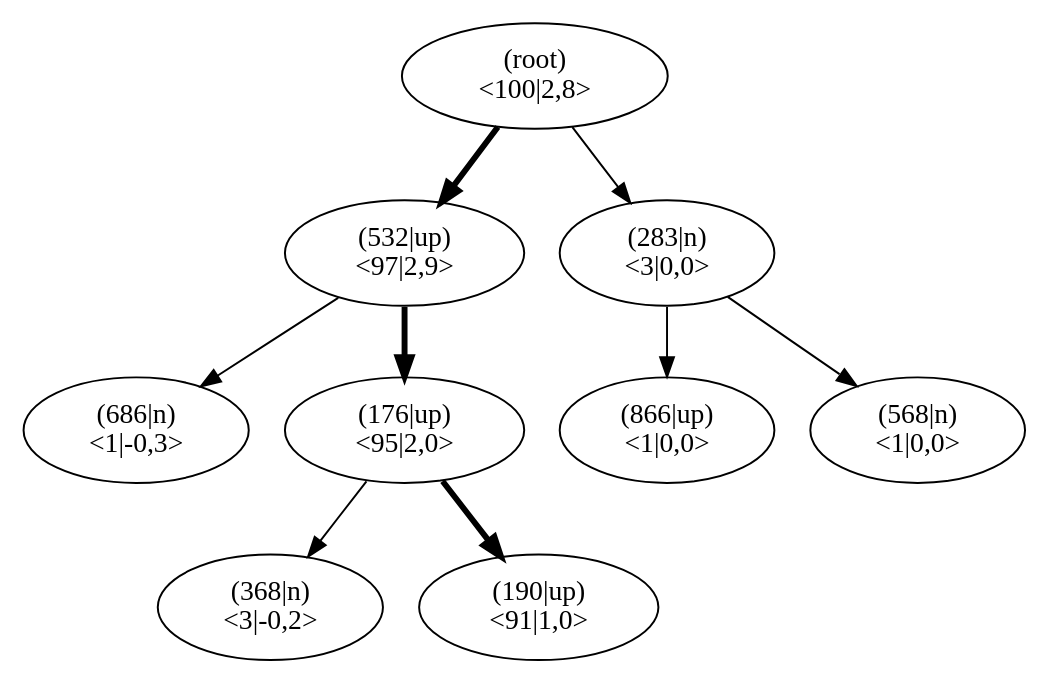
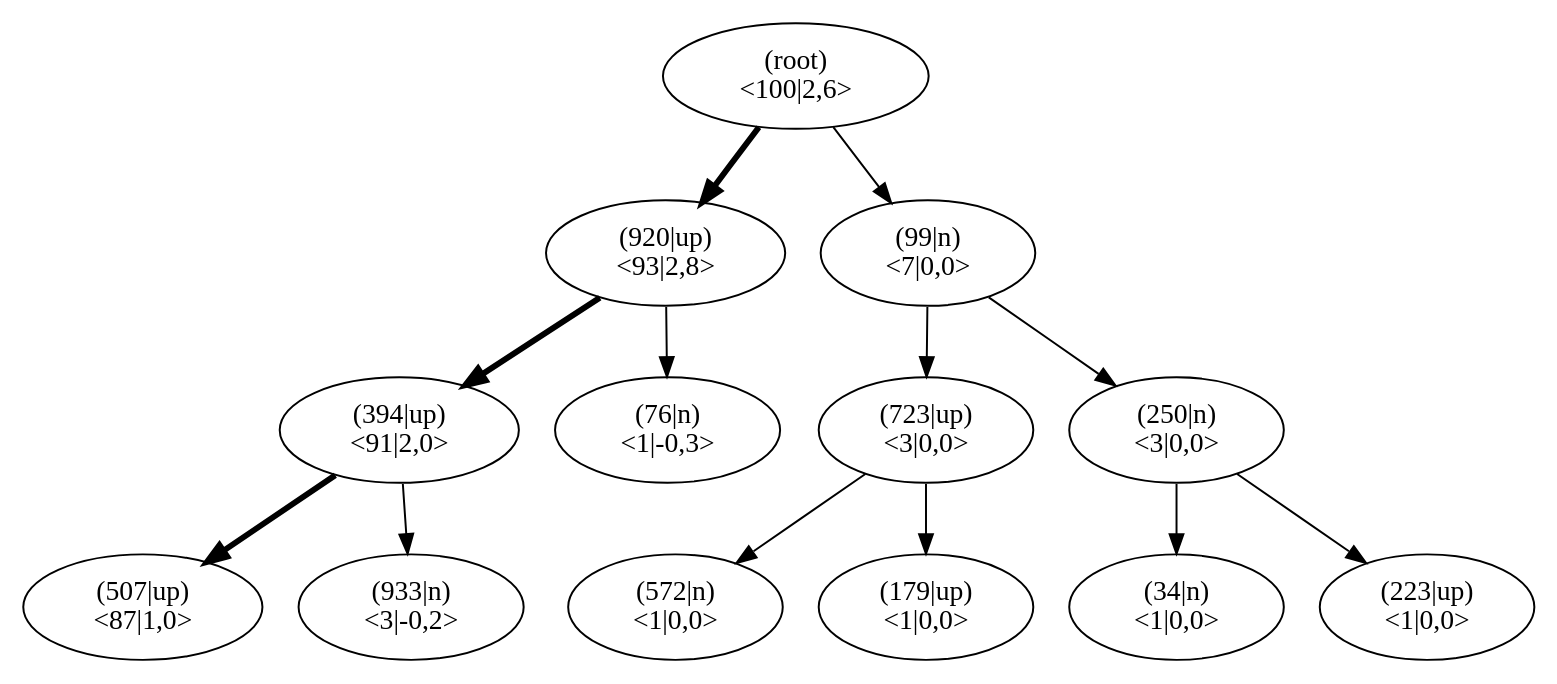
One commit to JonasHellgren/relexp-java changed the diagram in pictures/ch13/jumper_test_mcts.dot. Above: the diagram before and after it, drawn with Graphviz. The commit also changed 8 other files, not shown here.

```diff
--- a/pictures/ch13/jumper_test_mcts.dot
+++ b/pictures/ch13/jumper_test_mcts.dot
@@ -1,29 +1,41 @@
 digraph MCTS {
 node [shape=ellipse];
 Nroot [label="(root)
-<100|2,8>"];
-Nroot -> N532[penwidth=3];
-N532 [label="(532|up)
-<97|2,9>"];
-N532 -> N686[penwidth=1];
-N686 [label="(686|n)
+<100|2,6>"];
+Nroot -> N920[penwidth=3];
+N920 [label="(920|up)
+<93|2,8>"];
+N920 -> N394[penwidth=3];
+N394 [label="(394|up)
+<91|2,0>"];
+N394 -> N507[penwidth=3];
+N507 [label="(507|up)
+<87|1,0>"];
+N394 -> N933[penwidth=1];
+N933 [label="(933|n)
+<3|-0,2>"];
+N920 -> N76[penwidth=1];
+N76 [label="(76|n)
 <1|-0,3>"];
-N532 -> N176[penwidth=3];
-N176 [label="(176|up)
-<95|2,0>"];
-N176 -> N368[penwidth=1];
-N368 [label="(368|n)
-<3|-0,2>"];
-N176 -> N190[penwidth=3];
-N190 [label="(190|up)
-<91|1,0>"];
-Nroot -> N283[penwidth=1];
-N283 [label="(283|n)
+Nroot -> N99[penwidth=1];
+N99 [label="(99|n)
+<7|0,0>"];
+N99 -> N723[penwidth=1];
+N723 [label="(723|up)
 <3|0,0>"];
-N283 -> N866[penwidth=1];
-N866 [label="(866|up)
+N723 -> N572[penwidth=1];
+N572 [label="(572|n)
 <1|0,0>"];
-N283 -> N568[penwidth=1];
-N568 [label="(568|n)
+N723 -> N179[penwidth=1];
+N179 [label="(179|up)
+<1|0,0>"];
+N99 -> N250[penwidth=1];
+N250 [label="(250|n)
+<3|0,0>"];
+N250 -> N34[penwidth=1];
+N34 [label="(34|n)
+<1|0,0>"];
+N250 -> N223[penwidth=1];
+N223 [label="(223|up)
 <1|0,0>"];
 }
```
